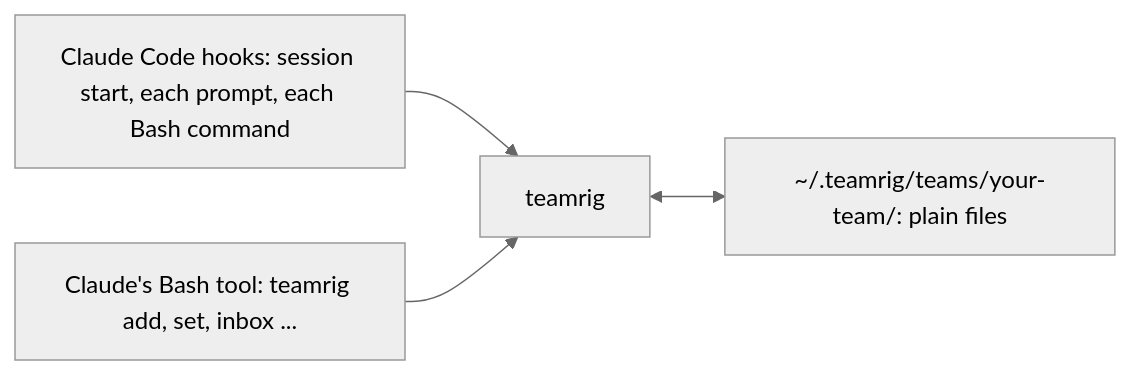
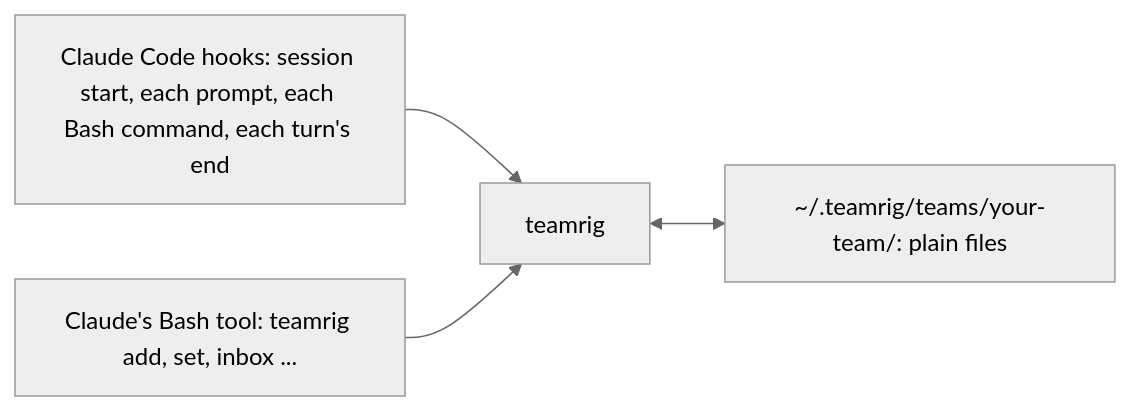
Before and after one commit to GeneralA6/teamrig: the diagram in README.md, drawn with Mermaid (neutral theme). The commit also changed other lines of this file and 1 other file, not shown here.

````diff
--- a/README.md
+++ b/README.md
@@ -89,6 +92,6 @@
 ```mermaid
 flowchart LR
-  hooks["Claude Code hooks: session start, each prompt, each Bash command"] --> cli["teamrig"]
+  hooks["Claude Code hooks: session start, each prompt, each Bash command, each turn's end"] --> cli["teamrig"]
   bash["Claude's Bash tool: teamrig add, set, inbox ..."] --> cli
   cli <--> files["~/.teamrig/teams/your-team/: plain files"]
 ```
````
